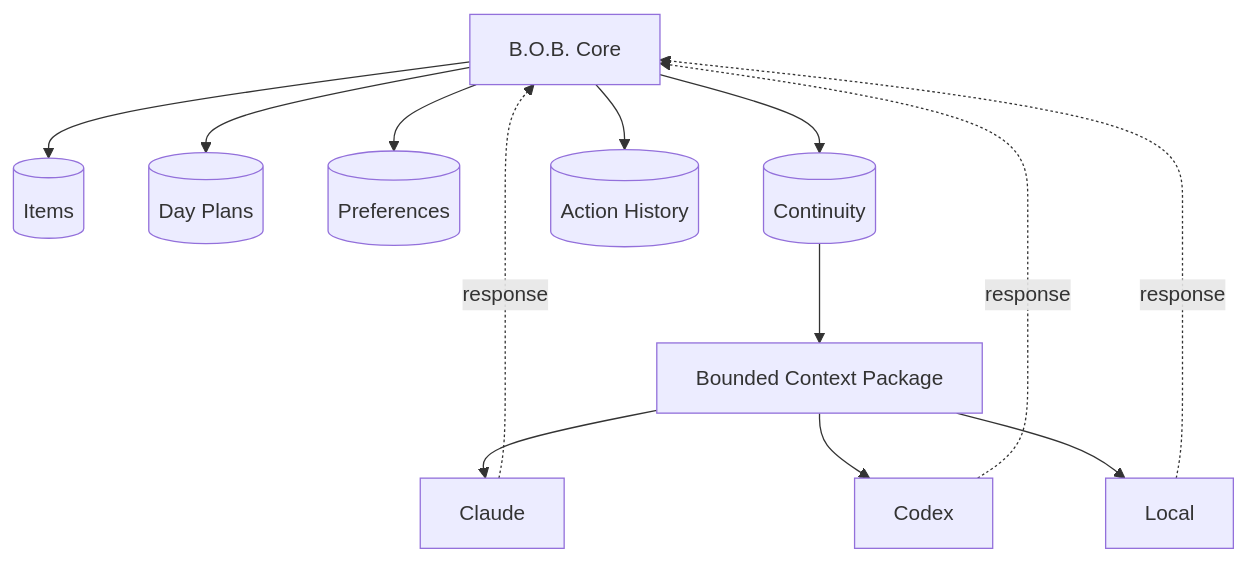
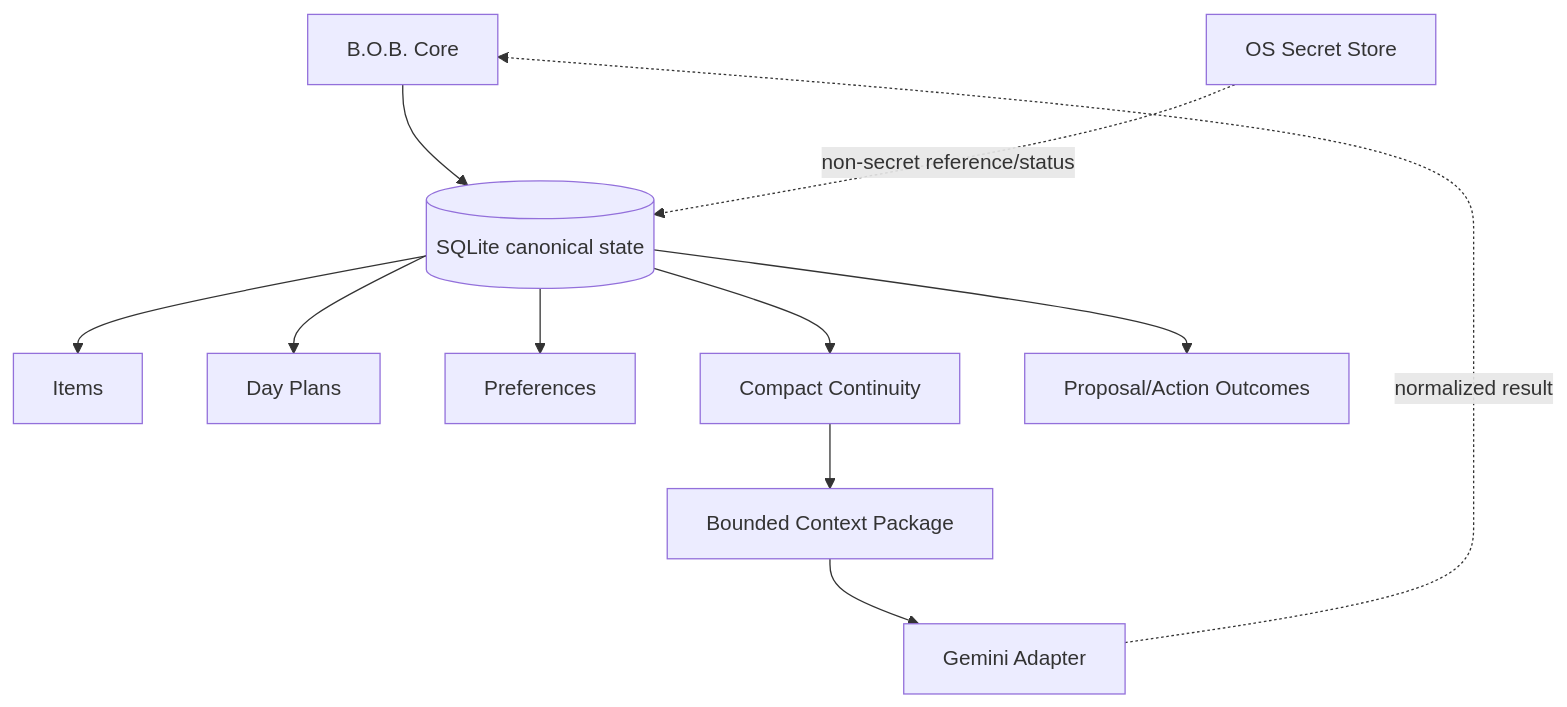
Before and after one commit to Knapp-Kevin/B.O.B.: the diagram in docs/rfc/RFC-0003-local-state-and-continuity.md, drawn with Mermaid. The commit also changed other lines of this file, not shown here.

Commit message:
docs: reconcile local state contract

````diff
--- a/docs/rfc/RFC-0003-local-state-and-continuity.md
+++ b/docs/rfc/RFC-0003-local-state-and-continuity.md
@@ -24,17 +28,15 @@
 ```mermaid
 flowchart TB
-    BOB[B.O.B. Core] --> ITEMS[(Items)]
-    BOB --> PLANS[(Day Plans)]
-    BOB --> PREF[(Preferences)]
-    BOB --> CONT[(Continuity)]
-    BOB --> ACT[(Action History)]
+    BOB[B.O.B. Core] --> DB[(SQLite canonical state)]
+    DB --> ITEMS[Items]
+    DB --> PLANS[Day Plans]
+    DB --> PREF[Preferences]
+    DB --> CONT[Compact Continuity]
+    DB --> ACT[Proposal/Action Outcomes]
 
     CONT --> PACK[Bounded Context Package]
-    PACK --> CLAUDE[Claude]
-    PACK --> CODEX[Codex]
-    PACK --> LOCAL[Local]
+    PACK --> GEMINI[Gemini Adapter]
+    GEMINI -. normalized result .-> BOB
 
-    CLAUDE -. response .-> BOB
-    CODEX -. response .-> BOB
-    LOCAL -. response .-> BOB
+    SECRET[OS Secret Store] -. non-secret reference/status .-> DB
 ```
````
